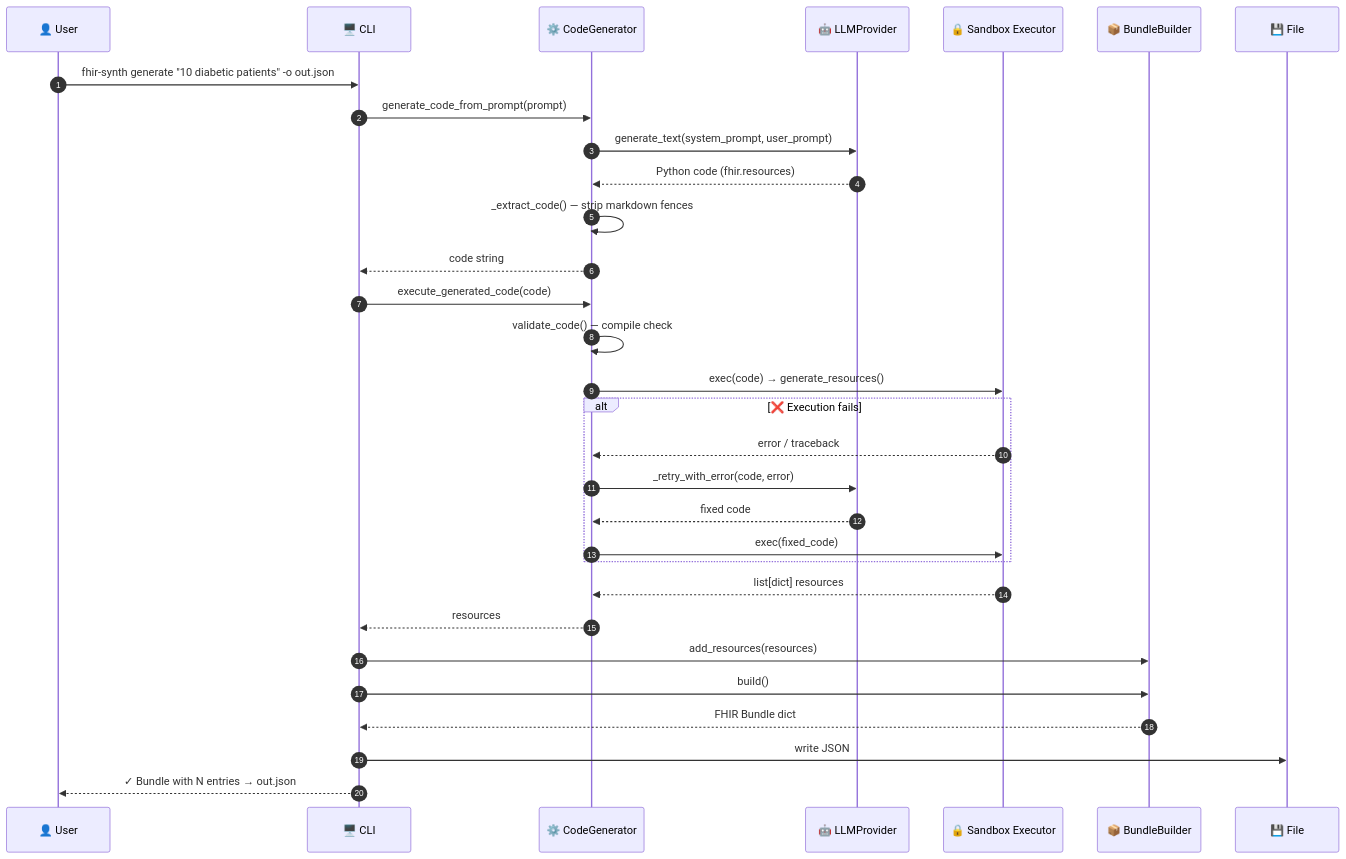
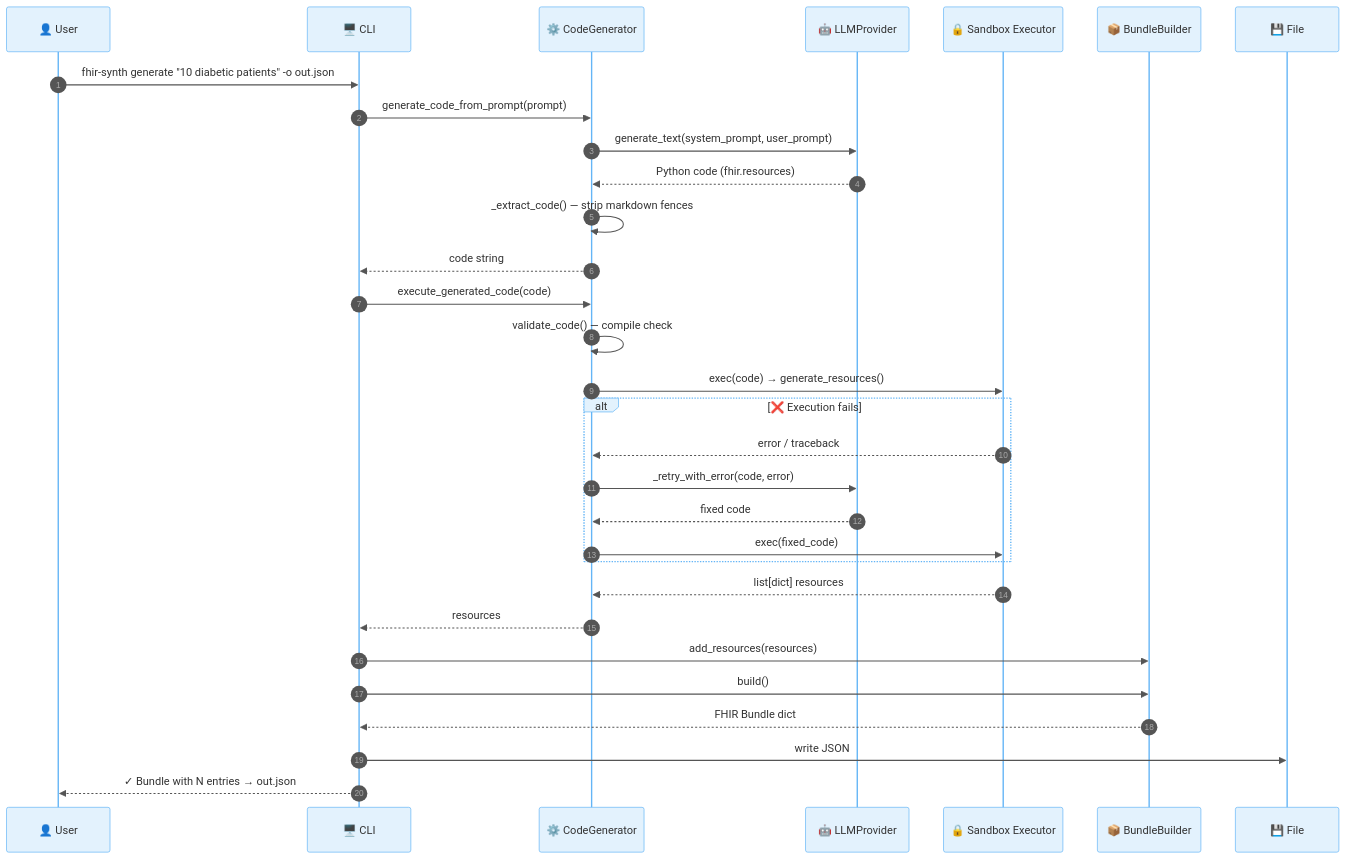
One commit to alvinhenrick/fhir-synth changed the second of 10 diagrams in ARCHITECTURE.md. Above: the diagram before and after it, drawn with Mermaid. The commit also changed other lines of this file, not shown here.

Commit message:
refactor architecture documentation; enhance clarity and update visual elements for better understanding

````diff
--- a/ARCHITECTURE.md
+++ b/ARCHITECTURE.md
@@ -56,33 +69,40 @@
 ```mermaid
+%%{init: {'theme': 'base', 'themeVariables': {'primaryColor': '#fff9c4', 'primaryTextColor': '#333', 'lineColor': '#555', 'actorBkg': '#e3f2fd', 'actorBorder': '#64b5f6', 'actorTextColor': '#333', 'activationBkgColor': '#fff9c4', 'activationBorderColor': '#ffb74d', 'signalColor': '#555', 'signalTextColor': '#333', 'noteBkgColor': '#fff9c4', 'noteBorderColor': '#ffb74d', 'altSectionBkgColor': '#ffebee', 'fontFamily': 'Comic Sans MS, cursive, sans-serif'}}}%%
 sequenceDiagram
     autonumber
     participant U as 👤 User
     participant CLI as 🖥️ CLI
     participant CG as ⚙️ CodeGenerator
     participant LLM as 🤖 LLMProvider
     participant EX as 🔒 Sandbox Executor
     participant BB as 📦 BundleBuilder
     participant F as 💾 File
+
     U->>CLI: fhir-synth generate "10 diabetic patients" -o out.json
     CLI->>CG: generate_code_from_prompt(prompt)
     CG->>LLM: generate_text(system_prompt, user_prompt)
     LLM-->>CG: Python code (fhir.resources)
     CG->>CG: _extract_code() — strip markdown fences
     CG-->>CLI: code string
+
     CLI->>CG: execute_generated_code(code)
     CG->>CG: validate_code() — compile check
     CG->>EX: exec(code) → generate_resources()
+
     alt ❌ Execution fails
         EX-->>CG: error / traceback
         CG->>LLM: _retry_with_error(code, error)
         LLM-->>CG: fixed code
         CG->>EX: exec(fixed_code)
     end
+
     EX-->>CG: list[dict] resources
     CG-->>CLI: resources
+
     CLI->>BB: add_resources(resources)
     CLI->>BB: build()
     BB-->>CLI: FHIR Bundle dict
+
     CLI->>F: write JSON
     CLI-->>U: ✓ Bundle with N entries → out.json
 ```
````
